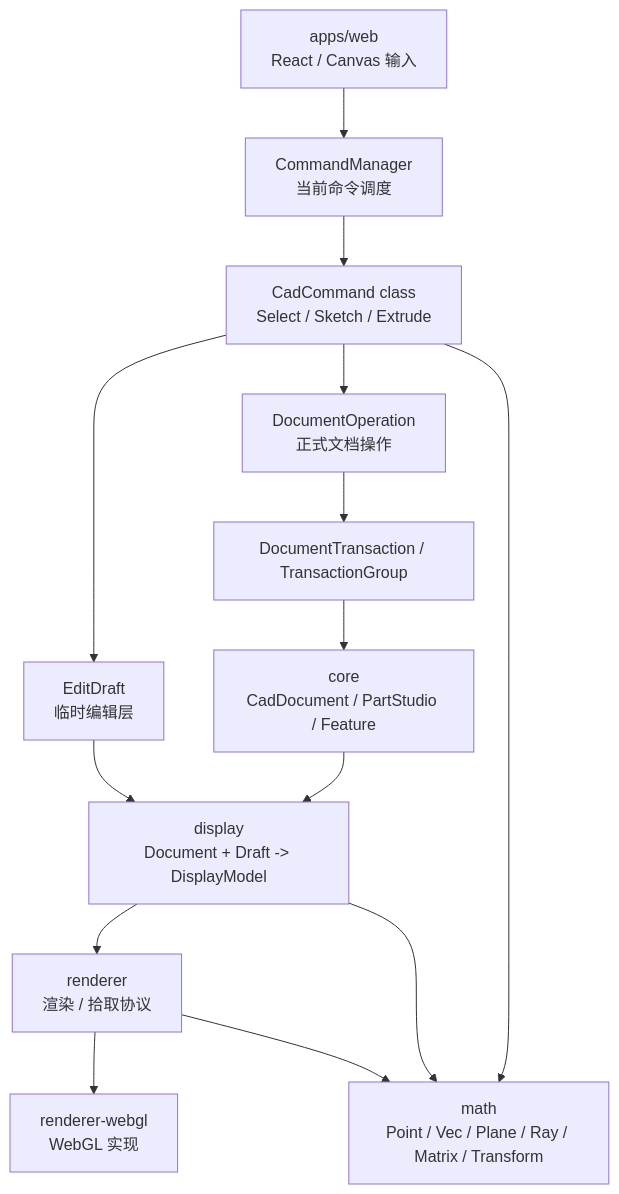
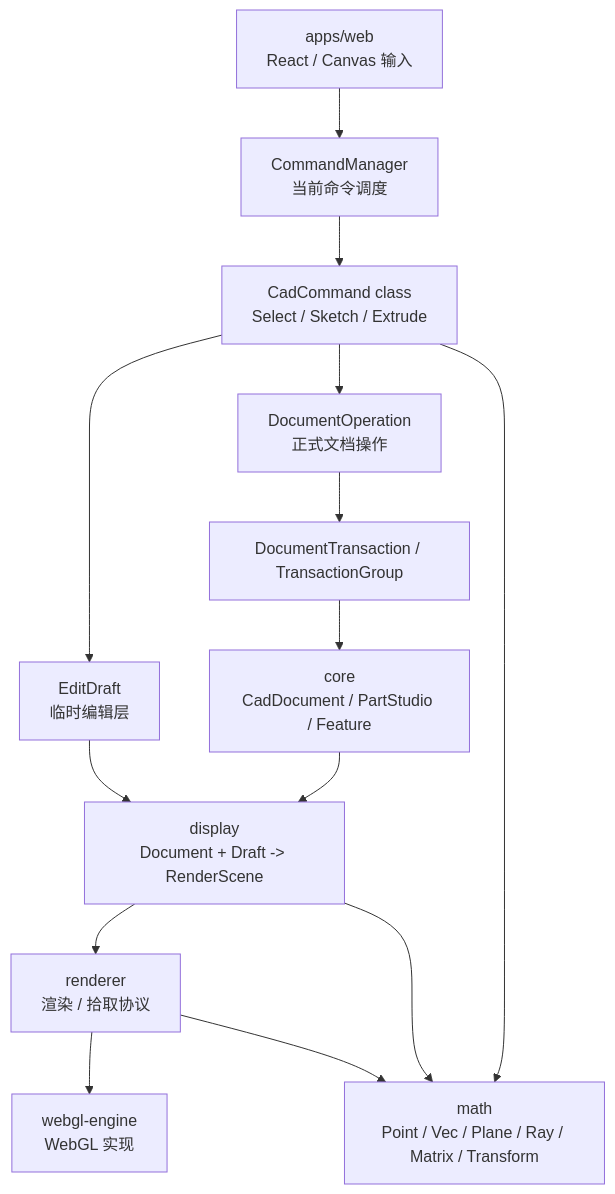
The first of 3 diagrams in docs/架构设计.md (genewanggang-sudo/occt-draw-web), drawn with Mermaid before and after one commit. The commit also changed other lines of this file and 60 other files, not shown here.

````diff
--- a/docs/架构设计.md
+++ b/docs/架构设计.md
@@ -11,21 +11,21 @@
 ```mermaid
 flowchart TB
     UI["apps/web<br/>React / Canvas 输入"] --> Command["CommandManager<br/>当前命令调度"]
     Command --> ActiveCommand["CadCommand class<br/>Select / Sketch / Extrude"]
 
     ActiveCommand --> Draft["EditDraft<br/>临时编辑层"]
     ActiveCommand --> Operation["DocumentOperation<br/>正式文档操作"]
 
     Operation --> Transaction["DocumentTransaction / TransactionGroup"]
     Transaction --> Core["core<br/>CadDocument / PartStudio / Feature"]
 
-    Core --> Display["display<br/>Document + Draft -> DisplayModel"]
+    Core --> Display["display<br/>Document + Draft -> RenderScene"]
     Draft --> Display
 
     Display --> Renderer["renderer<br/>渲染 / 拾取协议"]
-    Renderer --> WebGL["renderer-webgl<br/>WebGL 实现"]
+    Renderer --> WebGL["webgl-engine<br/>WebGL 实现"]
 
     ActiveCommand --> Math["math<br/>Point / Vec / Plane / Ray / Matrix / Transform"]
     Display --> Math
     Renderer --> Math
 ```
````
